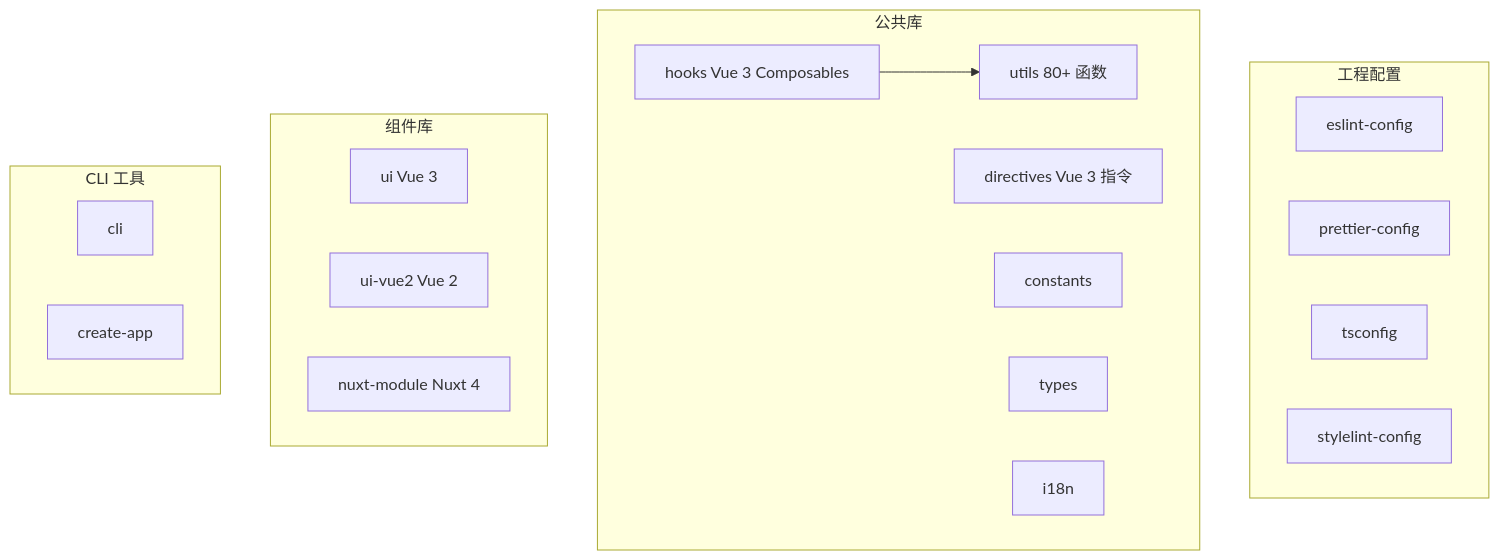
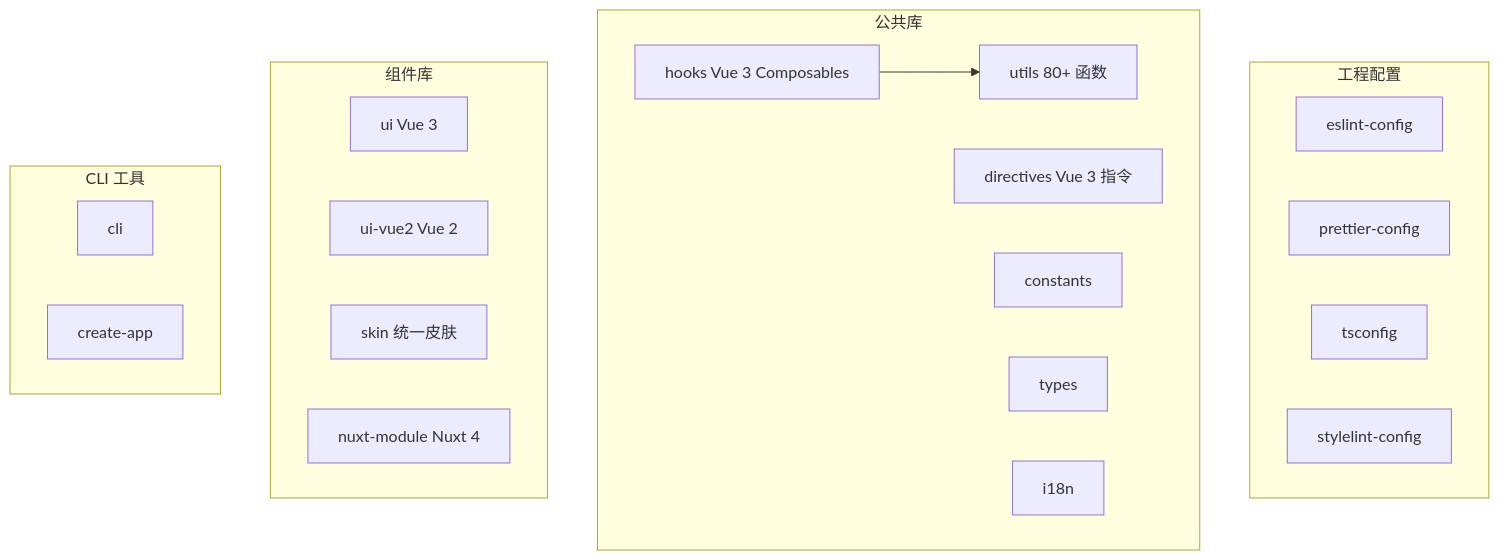
The second of 3 diagrams in docs/SPEAK.md (RyenToretto/ku-utils), drawn with Mermaid before and after one commit. The commit also changed other lines of this file and 39 other files, not shown here.

````diff
--- a/docs/SPEAK.md
+++ b/docs/SPEAK.md
@@ -58,31 +58,32 @@
 ```mermaid
 graph TD
   subgraph cfg [工程配置]
     EsLint[eslint-config]
     Prettier[prettier-config]
     TsConfig[tsconfig]
     Stylelint[stylelint-config]
   end
 
   subgraph lib [公共库]
     Utils[utils 80+ 函数]
     Hooks[hooks Vue 3 Composables]
     Directives[directives Vue 3 指令]
     Constants[constants]
     Types[types]
     I18n[i18n]
   end
 
   subgraph ui [组件库]
     UI[ui Vue 3]
     UIVue2[ui-vue2 Vue 2]
+    Skin[skin 统一皮肤]
     NuxtModule[nuxt-module Nuxt 4]
   end
 
   subgraph cli [CLI 工具]
     Cli[cli]
     CreateApp[create-app]
   end
 
   Hooks --> Utils
 ```
````
